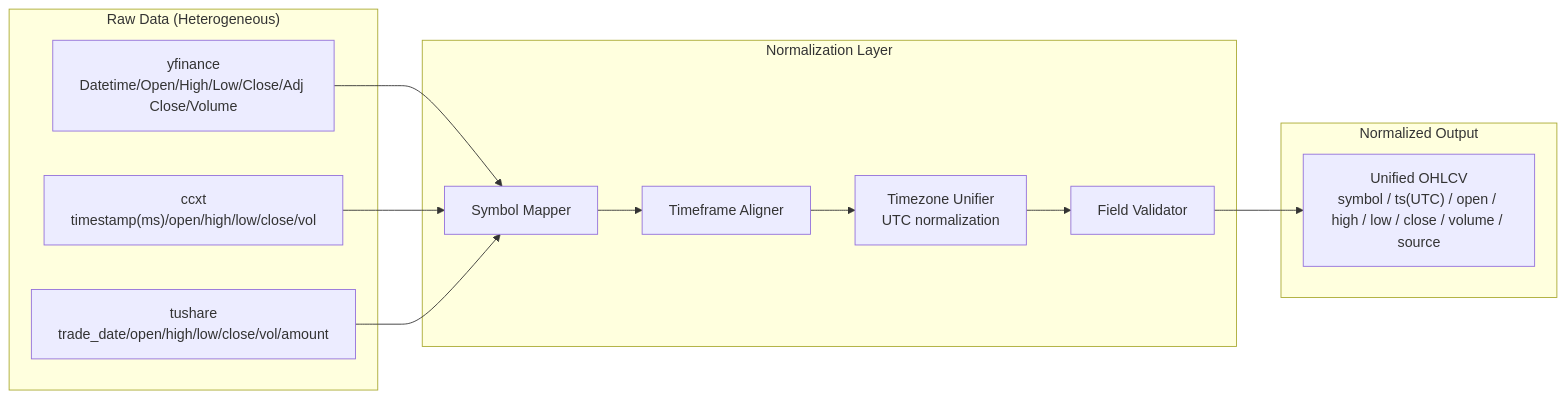
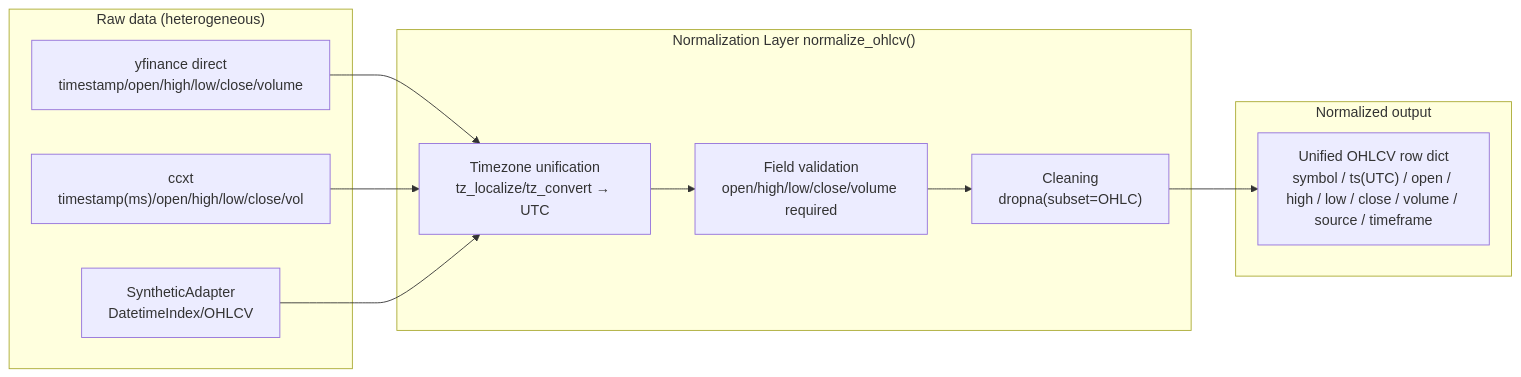
One commit to RESBI/StockStatistic changed the sixth of 23 diagrams in DESIGN.md. Above: the diagram before and after it, drawn with Mermaid. The commit also changed other lines of this file and 12 other files, not shown here.

````diff
--- a/DESIGN.md
+++ b/DESIGN.md
@@ -348,21 +317,20 @@
 ```mermaid
 graph LR
-    subgraph "Raw Data (Heterogeneous)"
-        R1["yfinance<br/>Datetime/Open/High/Low/Close/Adj Close/Volume"]
+    subgraph "Raw data (heterogeneous)"
+        R1["yfinance direct<br/>timestamp/open/high/low/close/volume"]
         R2["ccxt<br/>timestamp(ms)/open/high/low/close/vol"]
-        R3["tushare<br/>trade_date/open/high/low/close/vol/amount"]
+        R3["SyntheticAdapter<br/>DatetimeIndex/OHLCV"]
     end
 
-    subgraph "Normalization Layer"
-        SM["Symbol Mapper"]
-        TF["Timeframe Aligner"]
-        TZ["Timezone Unifier<br/>UTC normalization"]
-        FV["Field Validator"]
+    subgraph "Normalization Layer normalize_ohlcv()"
+        TZ["Timezone unification<br/>tz_localize/tz_convert → UTC"]
+        FV["Field validation<br/>open/high/low/close/volume required"]
+        CL["Cleaning<br/>dropna(subset=OHLC)"]
     end
 
-    subgraph "Normalized Output"
-        STD["Unified OHLCV<br/>symbol / ts(UTC) / open / high / low / close / volume / source"]
+    subgraph "Normalized output"
+        STD["Unified OHLCV row dict<br/>symbol / ts(UTC) / open / high / low / close / volume / source / timeframe"]
     end
 
-    R1 & R2 & R3 --> SM --> TF --> TZ --> FV --> STD
+    R1 & R2 & R3 --> TZ --> FV --> CL --> STD
 ```
````
